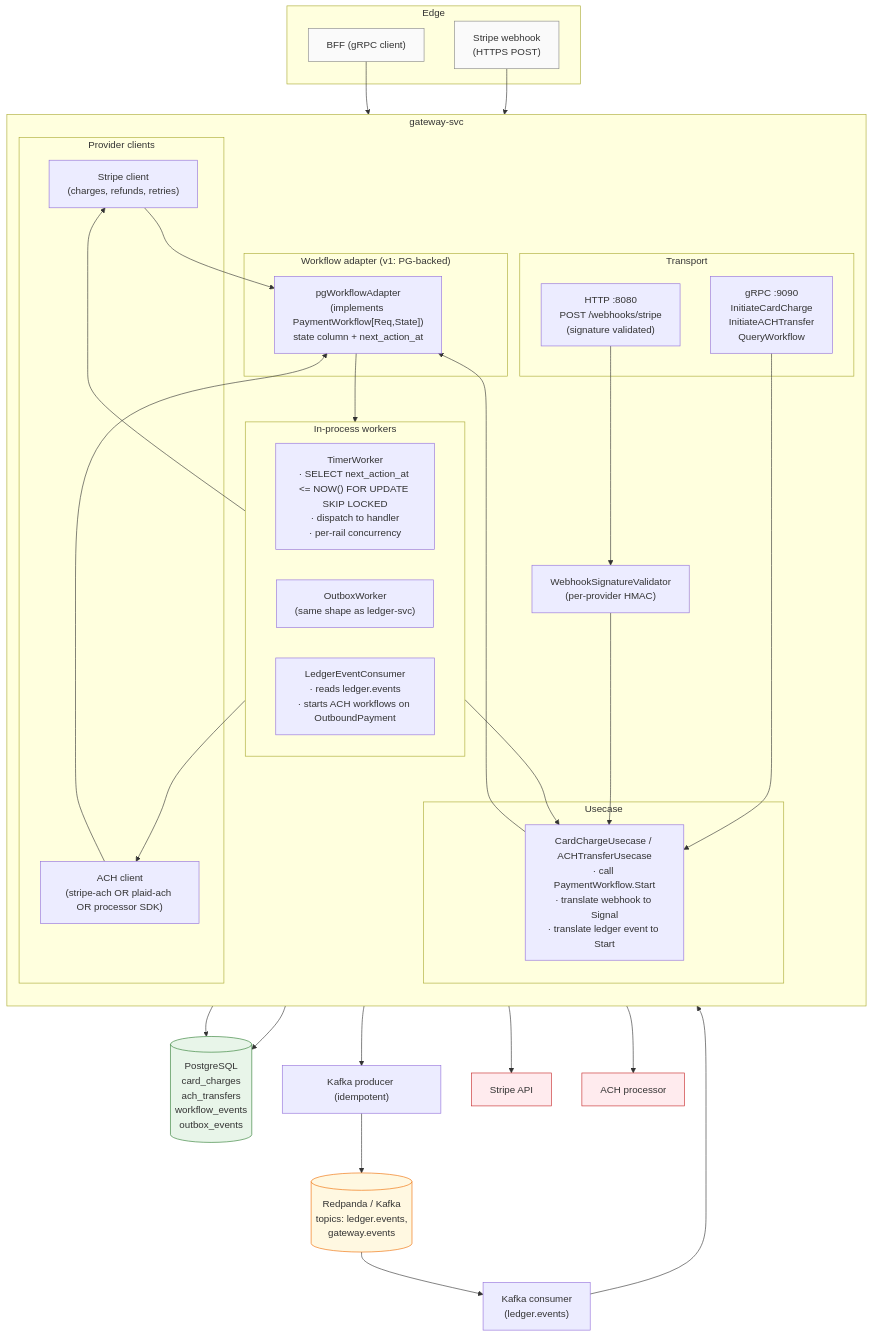
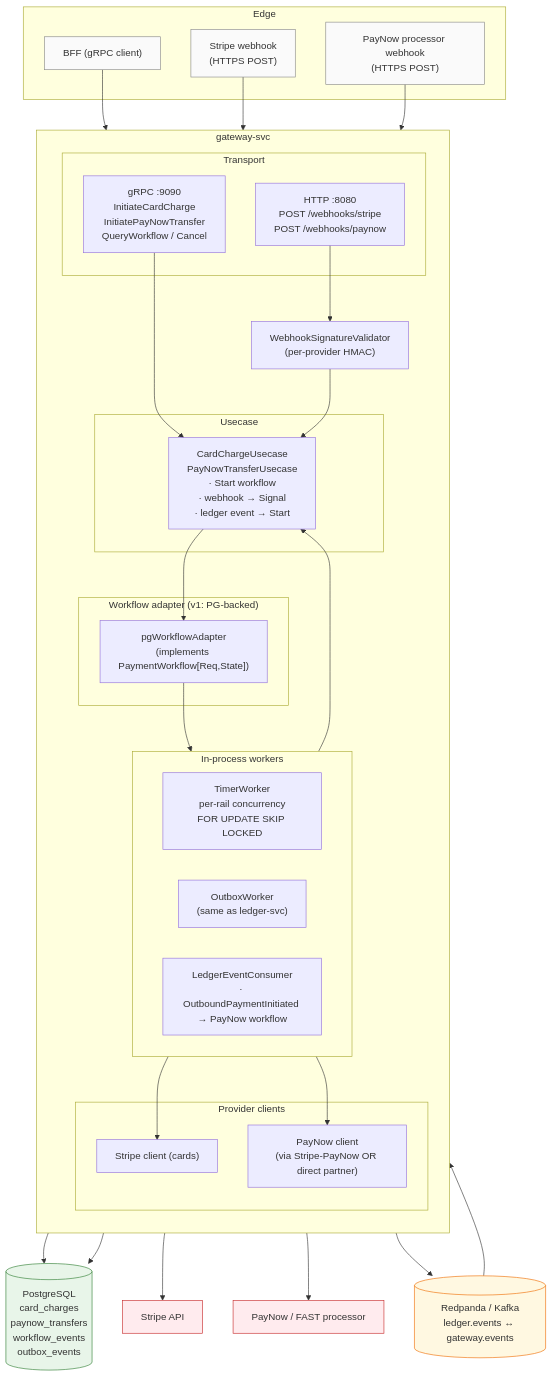
One commit to phuongdpham/fintech-backend changed the third of 3 diagrams in apps/gateway-svc/docs/charter.md. Above: the diagram before and after it, drawn with Mermaid. The commit also changed other lines of this file, not shown here.

````diff
--- a/apps/gateway-svc/docs/charter.md
+++ b/apps/gateway-svc/docs/charter.md
@@ -447,66 +421,63 @@
 ```mermaid
 flowchart TB
   classDef ext fill:#fafafa,stroke:#888,color:#333
   classDef pg  fill:#e8f5e9,stroke:#2e7d32
   classDef rp  fill:#fff8e1,stroke:#ef6c00
   classDef proc fill:#ffebee,stroke:#c62828
 
   subgraph clients["Edge"]
     BFF["BFF (gRPC client)"]
-    STRIPE["Stripe webhook<br/>(HTTPS POST)"]
+    STRIPE_WH["Stripe webhook<br/>(HTTPS POST)"]
+    PN_WH["PayNow processor webhook<br/>(HTTPS POST)"]
   end
-  class BFF,STRIPE ext
+  class BFF,STRIPE_WH,PN_WH ext
 
   subgraph svc["gateway-svc"]
     direction TB
 
     subgraph transport["Transport"]
-      GRPC["gRPC :9090<br/>InitiateCardCharge<br/>InitiateACHTransfer<br/>QueryWorkflow"]
-      HTTP["HTTP :8080<br/>POST /webhooks/stripe<br/>(signature validated)"]
+      GRPC["gRPC :9090<br/>InitiateCardCharge<br/>InitiatePayNowTransfer<br/>QueryWorkflow / Cancel"]
+      HTTP["HTTP :8080<br/>POST /webhooks/stripe<br/>POST /webhooks/paynow"]
     end
 
     subgraph use["Usecase"]
-      UC["CardChargeUsecase / ACHTransferUsecase<br/>· call PaymentWorkflow.Start<br/>· translate webhook to Signal<br/>· translate ledger event to Start"]
+      UC["CardChargeUsecase<br/>PayNowTransferUsecase<br/>· Start workflow<br/>· webhook → Signal<br/>· ledger event → Start"]
     end
 
     subgraph wf["Workflow adapter (v1: PG-backed)"]
-      ADAPT["pgWorkflowAdapter<br/>(implements PaymentWorkflow[Req,State])<br/>state column + next_action_at"]
+      ADAPT["pgWorkflowAdapter<br/>(implements PaymentWorkflow[Req,State])"]
     end
 
     subgraph workers["In-process workers"]
       direction LR
-      POLL["TimerWorker<br/>· SELECT next_action_at <= NOW() FOR UPDATE SKIP LOCKED<br/>· dispatch to handler<br/>· per-rail concurrency"]
-      OUT["OutboxWorker<br/>(same shape as ledger-svc)"]
-      LEDIN["LedgerEventConsumer<br/>· reads ledger.events<br/>· starts ACH workflows on OutboundPayment"]
+      POLL["TimerWorker<br/>per-rail concurrency<br/>FOR UPDATE SKIP LOCKED"]
+      OUT["OutboxWorker<br/>(same as ledger-svc)"]
+      LEDIN["LedgerEventConsumer<br/>· OutboundPaymentInitiated → PayNow workflow"]
     end
 
     subgraph providers["Provider clients"]
-      STRC["Stripe client<br/>(charges, refunds, retries)"]
-      ACHC["ACH client<br/>(stripe-ach OR plaid-ach OR processor SDK)"]
+      STRC["Stripe client (cards)"]
+      PNC["PayNow client<br/>(via Stripe-PayNow OR direct partner)"]
     end
 
     SIG["WebhookSignatureValidator<br/>(per-provider HMAC)"]
   end
 
-  PG[("PostgreSQL<br/>card_charges<br/>ach_transfers<br/>workflow_events<br/>outbox_events")]
-  KP["Kafka producer (idempotent)"]
-  KC["Kafka consumer<br/>(ledger.events)"]
-  RP[("Redpanda / Kafka<br/>topics: ledger.events,<br/>gateway.events")]
+  PG[("PostgreSQL<br/>card_charges<br/>paynow_transfers<br/>workflow_events<br/>outbox_events")]
+  RP[("Redpanda / Kafka<br/>ledger.events ↔ gateway.events")]
   EXT_STRIPE["Stripe API"]
-  EXT_ACH["ACH processor"]
+  EXT_PAYNOW["PayNow / FAST processor"]
   class PG pg
   class RP rp
-  class EXT_STRIPE,EXT_ACH proc
+  class EXT_STRIPE,EXT_PAYNOW proc
 
   BFF --> GRPC --> UC
-  STRIPE --> HTTP --> SIG --> UC
-  UC --> ADAPT
-  ADAPT --> PG
+  STRIPE_WH --> HTTP --> SIG --> UC
+  PN_WH --> HTTP
+  UC --> ADAPT --> PG
   POLL --> PG
   POLL --> STRC --> EXT_STRIPE
-  POLL --> ACHC --> EXT_ACH
-  ADAPT --> OUT --> KP --> RP
-  RP --> KC --> LEDIN --> UC
-  STRC --> ADAPT
-  ACHC --> ADAPT
+  POLL --> PNC --> EXT_PAYNOW
+  ADAPT --> OUT --> RP
+  RP --> LEDIN --> UC
 ```
````
